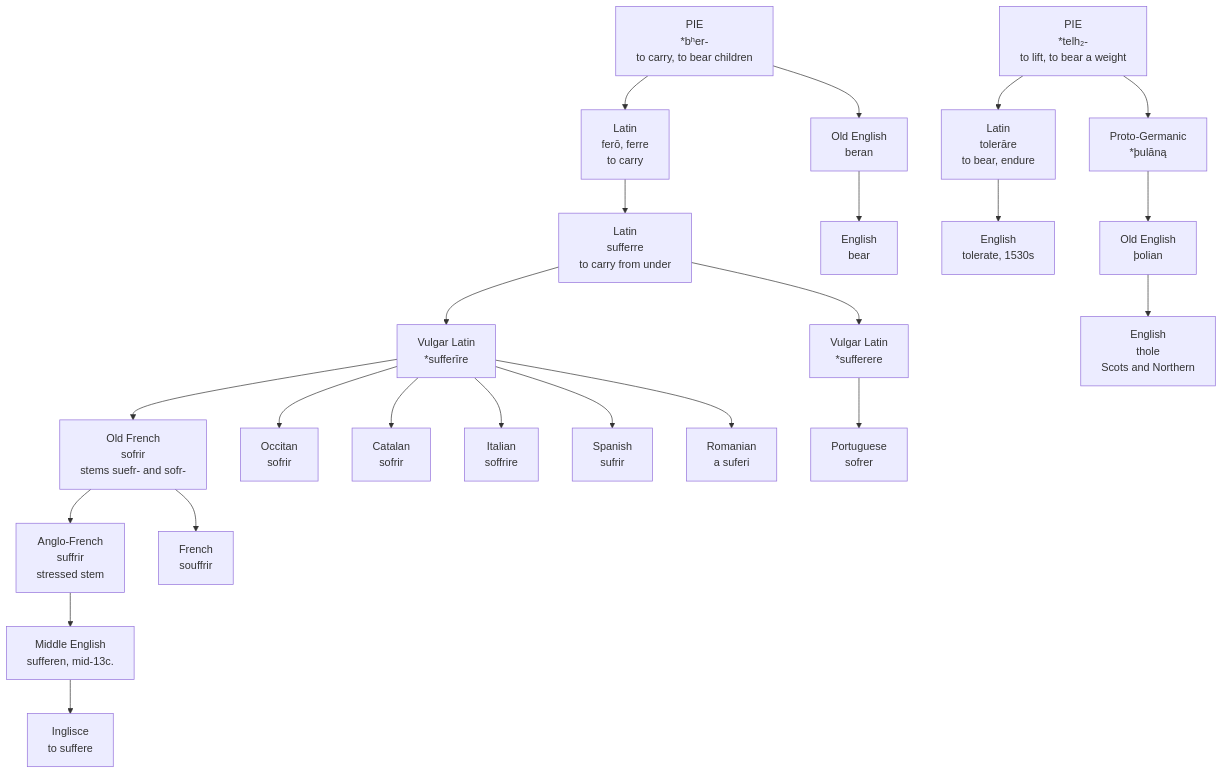
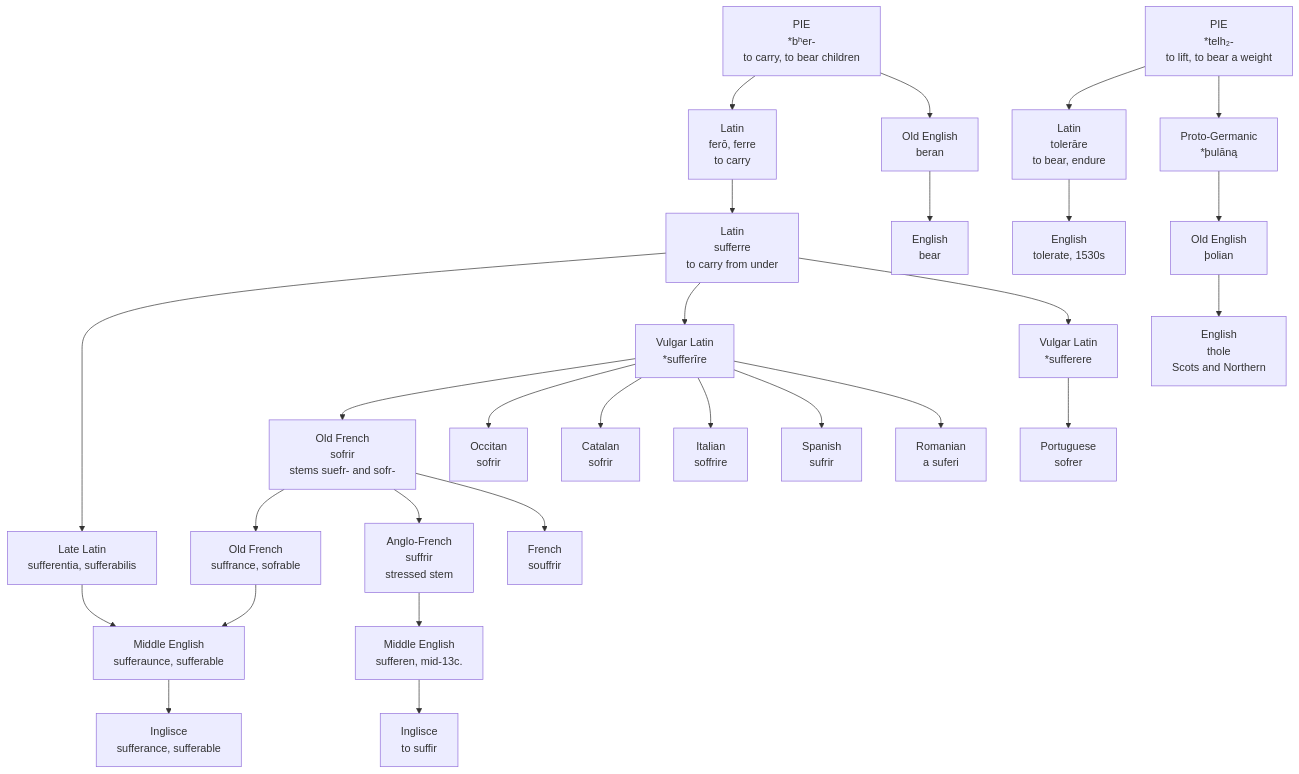
One commit to dionys93/ety-dictionary changed the diagram in data-text/inglisce/etymology/comparisons/s/suffer-suffrage.md. Above: the diagram before and after it, drawn with Mermaid. The commit also changed other lines of this file, not shown here.

````diff
--- a/data-text/inglisce/etymology/comparisons/s/suffer-suffrage.md
+++ b/data-text/inglisce/etymology/comparisons/s/suffer-suffrage.md
@@ -93,52 +97,61 @@
 ```mermaid
 flowchart TD
     BHER["PIE<br/>*bʰer-<br/>to carry, to bear children"]
     TELH["PIE<br/>*telh₂-<br/>to lift, to bear a weight"]
 
     FER["Latin<br/>ferō, ferre<br/>to carry"]
     TOL["Latin<br/>tolerāre<br/>to bear, endure"]
     SUF["Latin<br/>sufferre<br/>to carry from under"]
+    LLD["Late Latin<br/>sufferentia, sufferabilis"]
     VLI["Vulgar Latin<br/>*sufferīre"]
     VLE["Vulgar Latin<br/>*sufferere"]
     OFR["Old French<br/>sofrir<br/>stems suefr- and sofr-"]
+    OFD["Old French<br/>suffrance, sofrable"]
     AFR["Anglo-French<br/>suffrir<br/>stressed stem"]
     MIE["Middle English<br/>sufferen, mid-13c."]
-    ING["Inglisce<br/>to suffere"]
+    MID["Middle English<br/>sufferaunce, sufferable"]
+    ING["Inglisce<br/>to suffir"]
+    INGD["Inglisce<br/>sufferance, sufferable"]
     FRA["French<br/>souffrir"]
     OCC["Occitan<br/>sofrir"]
     CAT["Catalan<br/>sofrir"]
     ITA["Italian<br/>soffrire"]
     SPA["Spanish<br/>sufrir"]
     ROM["Romanian<br/>a suferi"]
     POR["Portuguese<br/>sofrer"]
     TOLE["English<br/>tolerate, 1530s"]
 
     PGM["Proto-Germanic<br/>*þulāną"]
     OEN["Old English<br/>þolian"]
     THO["English<br/>thole<br/>Scots and Northern"]
     OEB["Old English<br/>beran"]
     BER["English<br/>bear"]
 
     BHER --> FER
     BHER --> OEB
     OEB --> BER
     TELH --> TOL
     TELH --> PGM
     TOL --> TOLE
     PGM --> OEN
     OEN --> THO
     FER --> SUF
+    SUF --> LLD
     SUF --> VLI
     SUF --> VLE
     VLI --> OFR
+    OFR --> OFD
     OFR --> AFR
     OFR --> FRA
     AFR --> MIE
     MIE --> ING
+    LLD --> MID
+    OFD --> MID
+    MID --> INGD
     VLI --> OCC
     VLI --> CAT
     VLI --> ITA
     VLI --> SPA
     VLI --> ROM
     VLE --> POR
 ```
````
